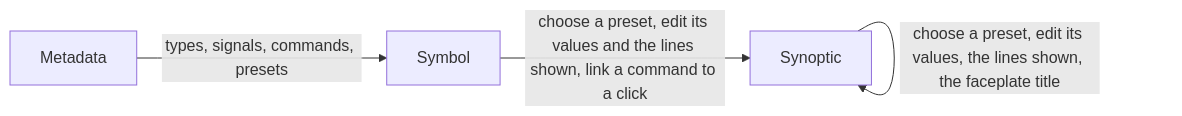
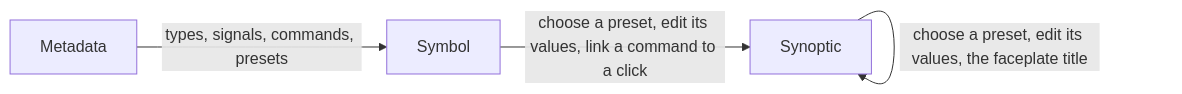
One commit to AlexandreGallais/synoptic-studio-spec changed the diagram in metadata/11-who-changes-what.md. Above: the diagram before and after it, drawn with Mermaid. The commit also changed other lines of this file and 13 other files, not shown here.

````diff
--- a/metadata/11-who-changes-what.md
+++ b/metadata/11-who-changes-what.md
@@ -25,6 +25,6 @@
 ```mermaid
 flowchart LR
     M[Metadata] -->|"types, signals, commands, presets"| S[Symbol]
-    S -->|"choose a preset, edit its values and the lines shown, link a command to a click"| Y[Synoptic]
-    Y -->|"choose a preset, edit its values, the lines shown, the faceplate title"| Y
+    S -->|"choose a preset, edit its values, link a command to a click"| Y[Synoptic]
+    Y -->|"choose a preset, edit its values, the faceplate title"| Y
 ```
````
